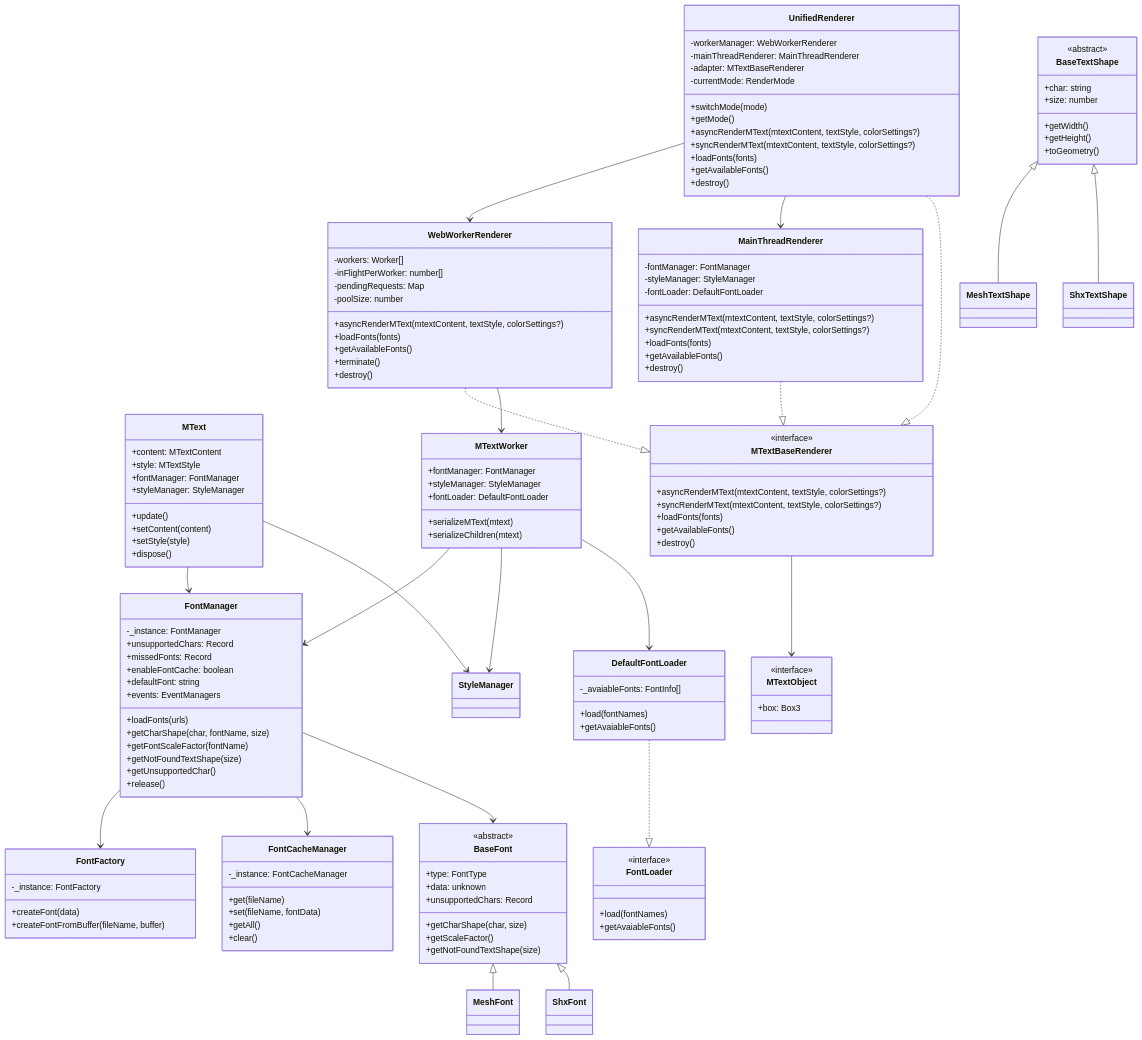
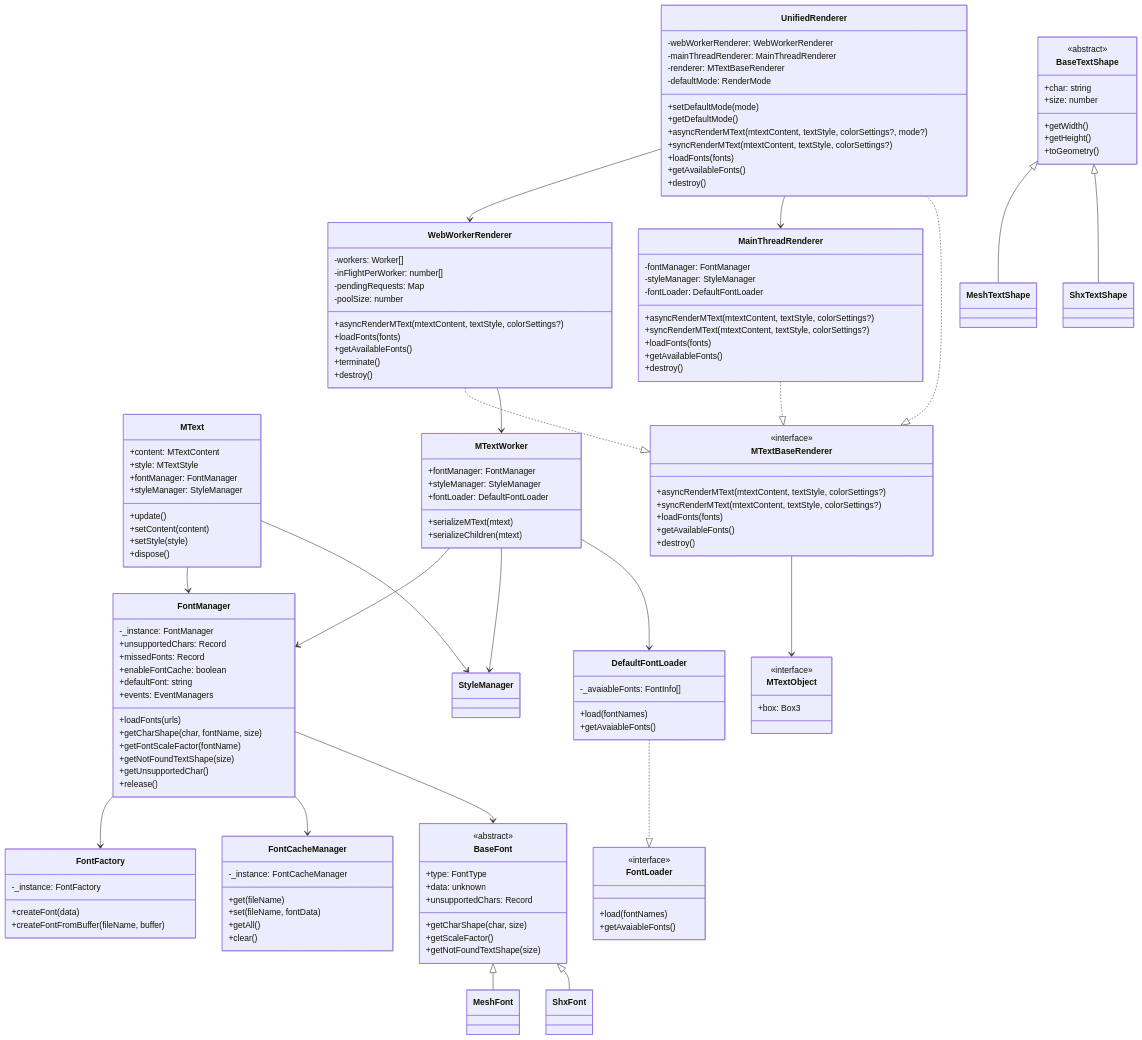
Before and after one commit to mlightcad/mtext-renderer: the diagram in README.md, drawn with Mermaid. The commit also changed other lines of this file and 3 other files, not shown here.

Commit message:
feat: add one new parameter in function asyncRenderMText to support specifiying rendering mode (#39)

```diff
--- a/README.md
+++ b/README.md
@@ -285,13 +285,13 @@
     }
 
     class UnifiedRenderer {
-        -workerManager: WebWorkerRenderer
+        -webWorkerRenderer: WebWorkerRenderer
         -mainThreadRenderer: MainThreadRenderer
-        -adapter: MTextBaseRenderer
-        -currentMode: RenderMode
-        +switchMode(mode)
-        +getMode()
-        +asyncRenderMText(mtextContent, textStyle, colorSettings?)
+        -renderer: MTextBaseRenderer
+        -defaultMode: RenderMode
+        +setDefaultMode(mode)
+        +getDefaultMode()
+        +asyncRenderMText(mtextContent, textStyle, colorSettings?, mode?)
         +syncRenderMText(mtextContent, textStyle, colorSettings?)
         +loadFonts(fonts)
         +getAvailableFonts()
```
